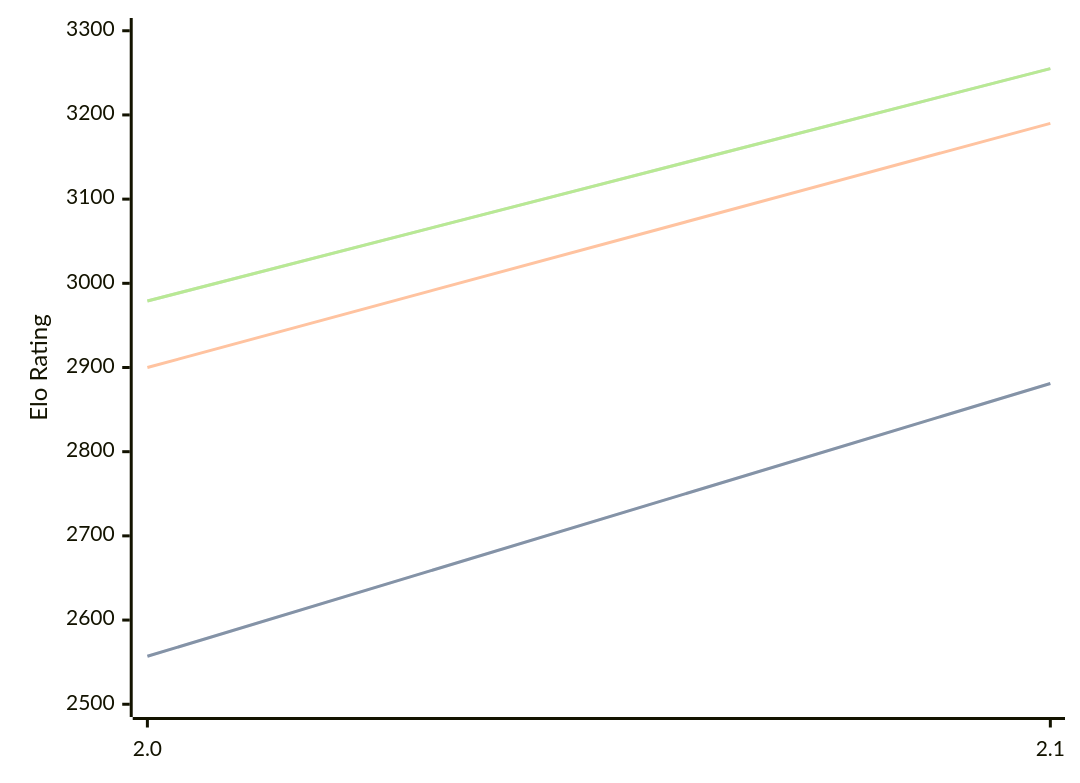
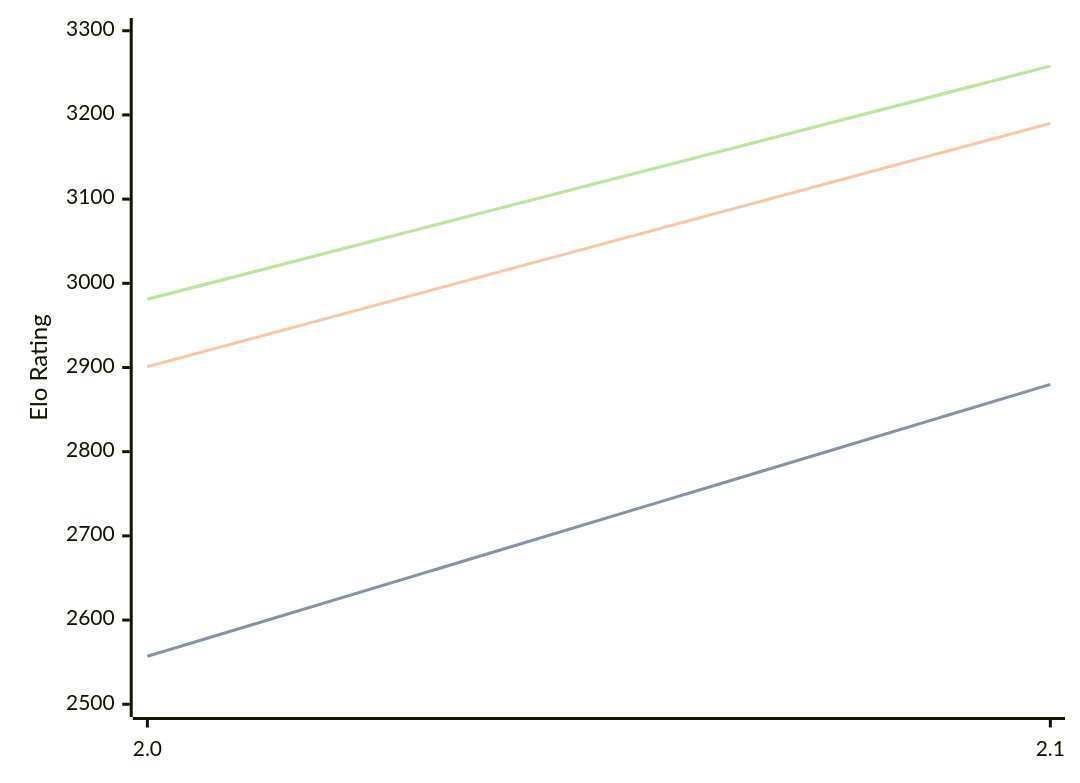
The diagram in engines/Tunguska.md (computer-chess-index/cci), drawn with Mermaid before and after one commit. The commit also changed other lines of this file, not shown here.

Commit message:
Update CCI Ratings (ELO VLTC) - 2026-05-17

````diff
--- a/engines/Tunguska.md
+++ b/engines/Tunguska.md
@@ -32,11 +32,11 @@
 ```mermaid
 %%{init: {"theme":"base","themeVariables":{"seriesColors:['#a3a3a3','#222221','#faa371']}}}%%
 xychart-beta
   x-axis ["2.0", "2.1"]
   y-axis "Elo Rating" 2500 --> 3300
-  line "STC (8.0+0.08s)" [2557, 2881]
-  line "STC (8.0+0.08s)" [2557, 2881]
-  line "LTC (60.0+0.60s)" [2900, 3190]
-  line "VLTC (2m24s+1.12s)" [2979, 3255]
-  line "VLTC (2m24s+1.12s)" [2979, 3255]
+  line "STC (8.0+0.08s)" [2557, 2880]
+  line "STC (8.0+0.08s)" [2557, 2880]
+  line "LTC (60.0+0.60s)" [2901, 3190]
+  line "VLTC (2m24s+1.12s)" [2981, 3258]
+  line "VLTC (2m24s+1.12s)" [2981, 3258]
 ```
````
